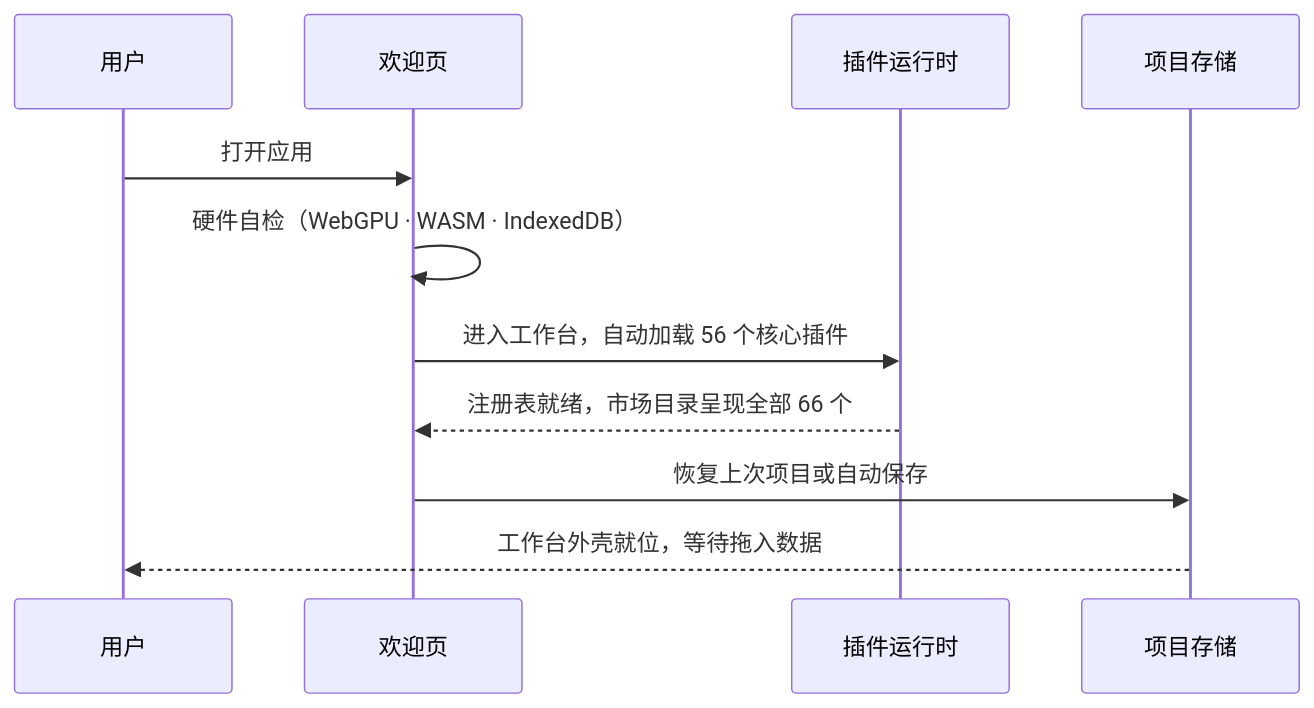
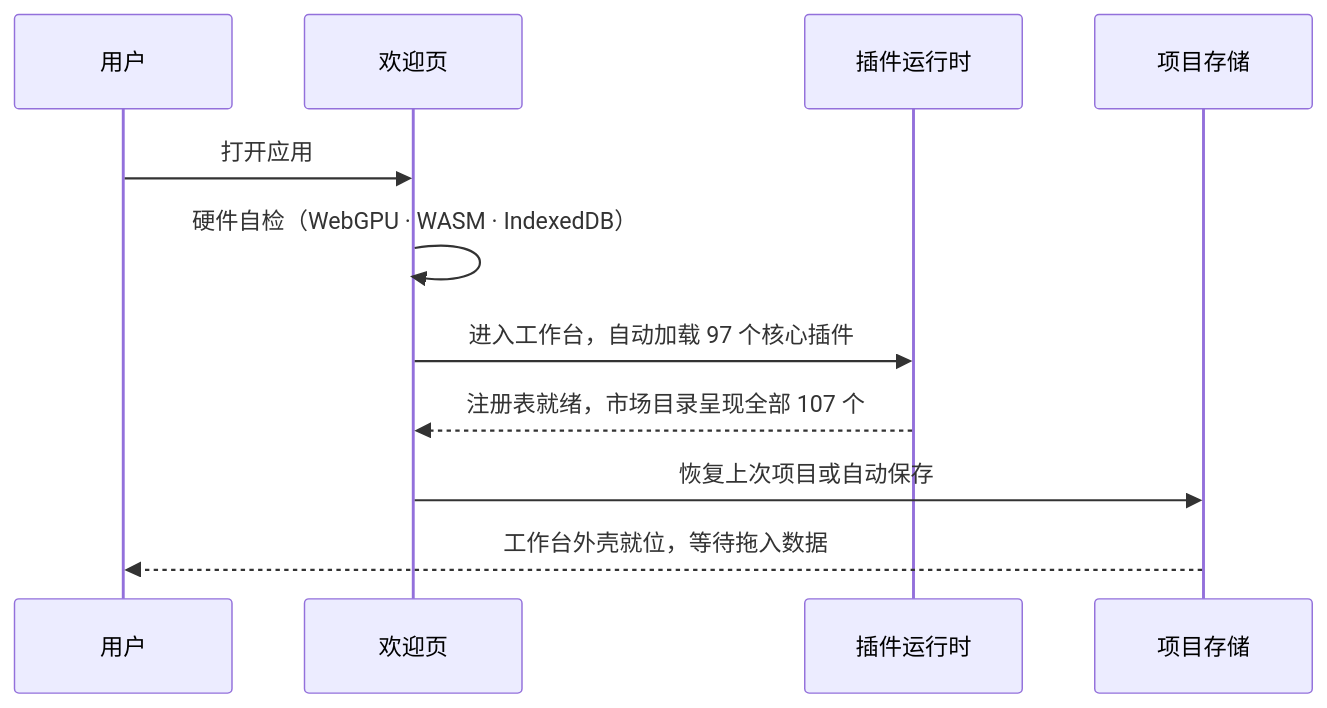
The second of 3 diagrams in docs/technical/02-系统架构.md (SnowLeopard-io/ErgalicsStudio), drawn with Mermaid before and after one commit. The commit also changed other lines of this file and 33 other files, not shown here.

````diff
--- a/docs/technical/02-系统架构.md
+++ b/docs/technical/02-系统架构.md
@@ -100,13 +100,13 @@
 ```mermaid
 sequenceDiagram
     participant U as 用户
     participant W as 欢迎页
     participant P as 插件运行时
     participant S as 项目存储
     U->>W: 打开应用
     W->>W: 硬件自检（WebGPU · WASM · IndexedDB）
-    W->>P: 进入工作台，自动加载 56 个核心插件
-    P-->>W: 注册表就绪，市场目录呈现全部 66 个
+    W->>P: 进入工作台，自动加载 97 个核心插件
+    P-->>W: 注册表就绪，市场目录呈现全部 107 个
     W->>S: 恢复上次项目或自动保存
     S-->>U: 工作台外壳就位，等待拖入数据
 ```
````
